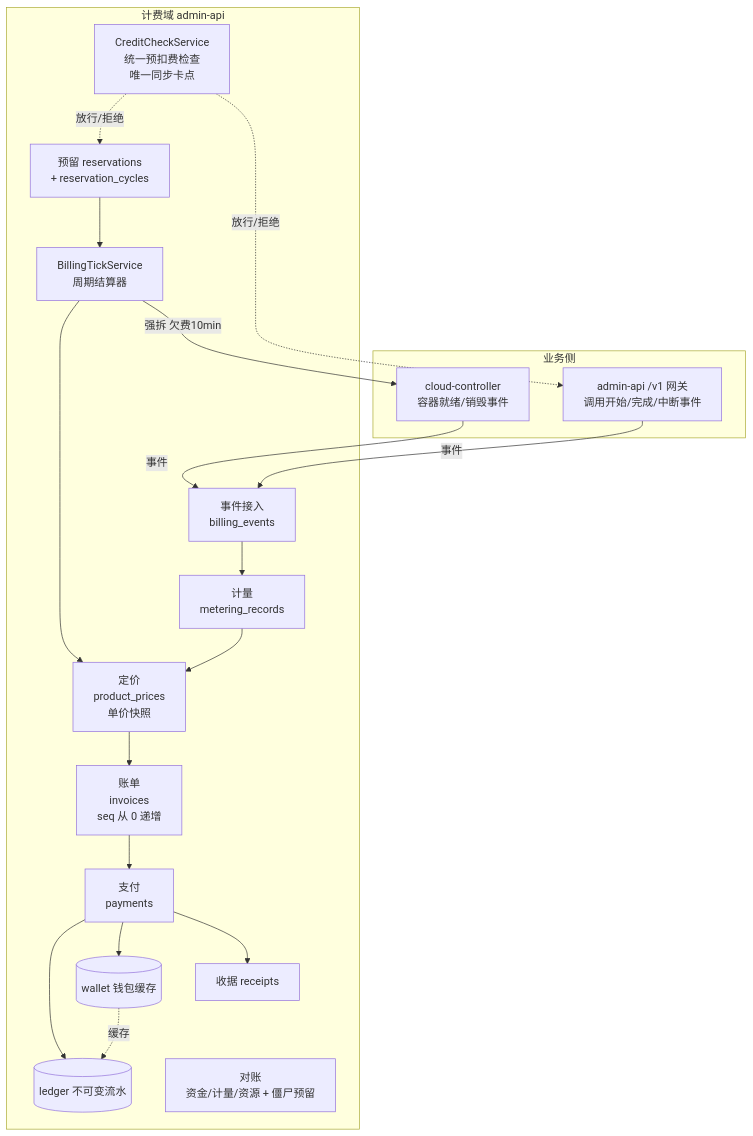
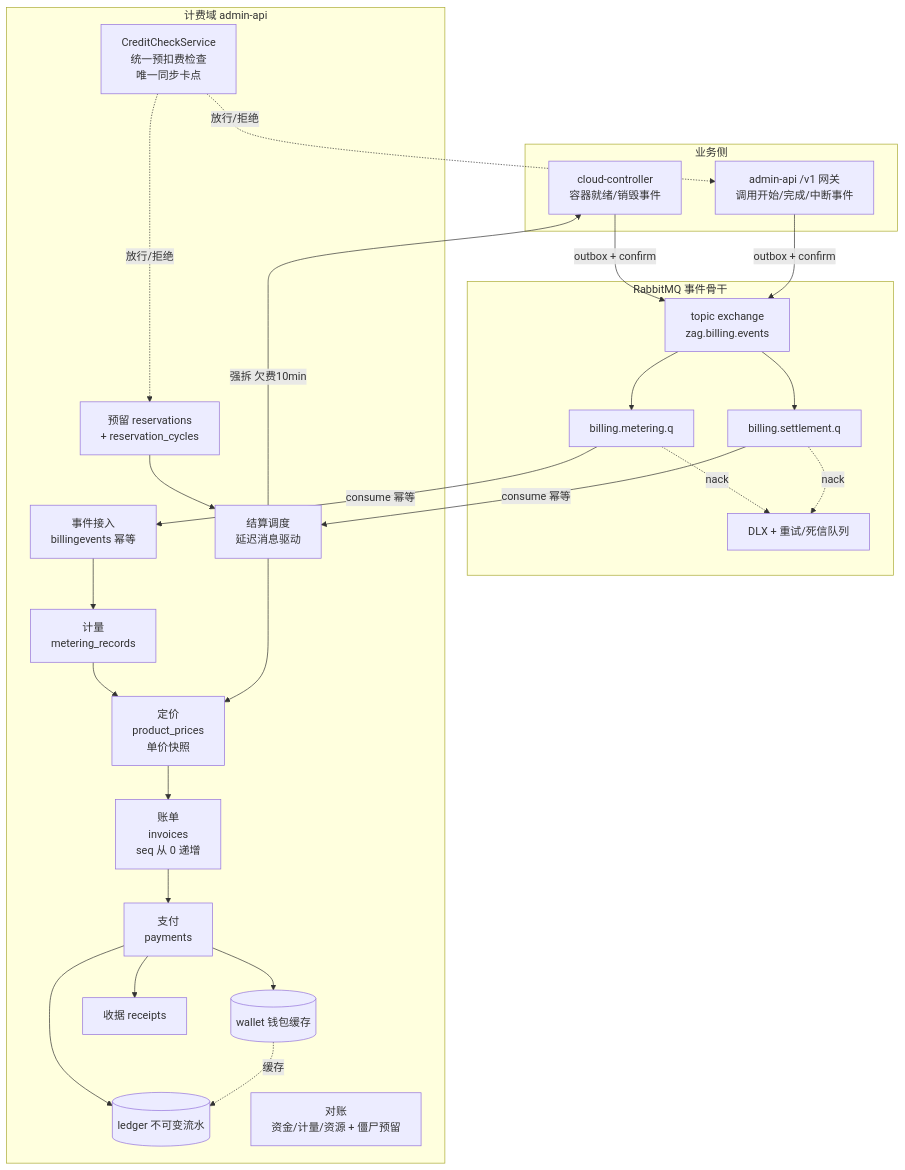
The second of 8 diagrams in docs/engineering/proposals/20261018-feat-credits-billing.md (Deliay/z-agent-gear), drawn with Mermaid before and after one commit. The commit also changed other lines of this file and 1 other file, not shown here.

Commit message:
docs(billing): 引入 RabbitMQ 事件骨干（outbox+confirm+DLQ 可靠投递，结算消息化）— PRD/提案 v2.1

````diff
--- a/docs/engineering/proposals/20261018-feat-credits-billing.md
+++ b/docs/engineering/proposals/20261018-feat-credits-billing.md
@@ -77,28 +80,40 @@
 ```mermaid
 graph TD
     subgraph 业务侧
         CC[cloud-controller<br/>容器就绪/销毁事件]
         GW["admin-api /v1 网关<br/>调用开始/完成/中断事件"]
     end
+    subgraph RabbitMQ 事件骨干
+        EX["topic exchange<br/>zag.billing.events"]
+        Q1[billing.metering.q]
+        Q2[billing.settlement.q]
+        DLQ[DLX + 重试/死信队列]
+    end
     subgraph 计费域 admin-api
-        EI[事件接入<br/>billing_events] --> ME[计量<br/>metering_records]
+        EI[事件接入<br/>billingevents 幂等] --> ME[计量<br/>metering_records]
         ME --> PR[定价<br/>product_prices<br/>单价快照]
         PR --> IN[账单<br/>invoices<br/>seq 从 0 递增]
         IN --> PA[支付<br/>payments]
         PA --> LE[(ledger 不可变流水)]
         PA --> WA[(wallet 钱包缓存)]
         PA --> RE[收据 receipts]
         CK[CreditCheckService<br/>统一预扣费检查<br/>唯一同步卡点]
         RS[预留 reservations<br/>+ reservation_cycles]
-        TK[BillingTickService<br/>周期结算器]
+        TK[结算调度<br/>延迟消息驱动]
         RC[对账<br/>资金/计量/资源 + 僵尸预留]
     end
+    CC -->|outbox + confirm| EX
+    GW -->|outbox + confirm| EX
+    EX --> Q1
+    EX --> Q2
+    Q1 -->|consume 幂等| EI
+    Q2 -->|consume 幂等| TK
+    Q1 -.nack.-> DLQ
+    Q2 -.nack.-> DLQ
     WA -.缓存.-> LE
     RS --> TK
     TK --> PR
-    CC -->|事件| EI
-    GW -->|事件| EI
     CK -.放行/拒绝.-> RS
     CK -.放行/拒绝.-> GW
     TK -->|强拆 欠费10min| CC
 ```
````
